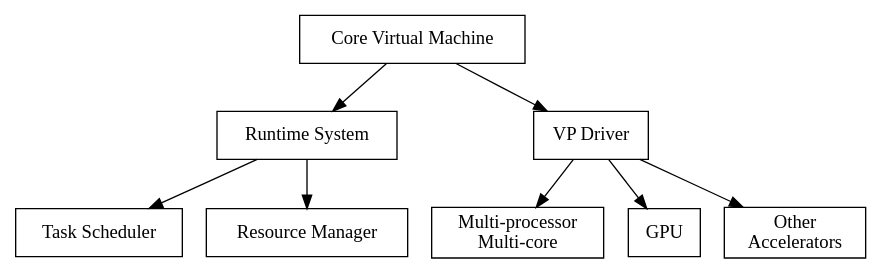
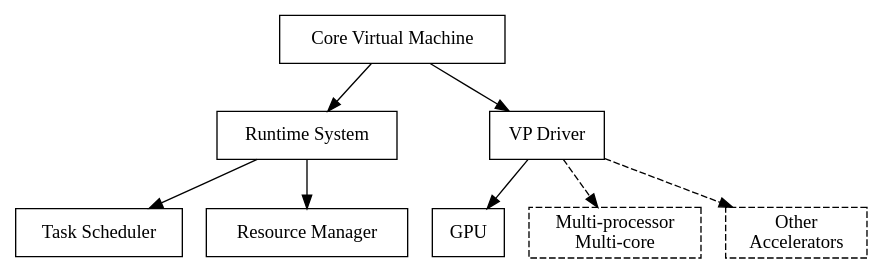
The diagram in figures/backend.dot (pysuxing/master-thesis), drawn with Graphviz before and after one commit. The commit also changed 4 other files, not shown here.

```diff
--- a/figures/backend.dot
+++ b/figures/backend.dot
@@ -1,19 +1,19 @@
 digraph G {
         node[shape=box];
         vm[label="Core Virtual Machine"];
         rt[label="Runtime System"];
         scheduler[label="Task Scheduler"];
         rm[label="Resource Manager"];
         driver[label="VP Driver"];
-        cpu[label="Multi-processor\nMulti-core"];
         gpu[label="GPU"];
-        others[label="Other\nAccelerators"];
+        cpu[label="Multi-processor\nMulti-core", style=dashed];
+        others[label="Other\nAccelerators", style=dashed];
 
         vm -> rt;
         vm -> driver;
         rt -> scheduler;
         rt -> rm;
-        driver -> cpu;
         driver -> gpu;
-        driver -> others;
+        driver -> cpu[style=dashed];
+        driver -> others[style=dashed];
 }
```
